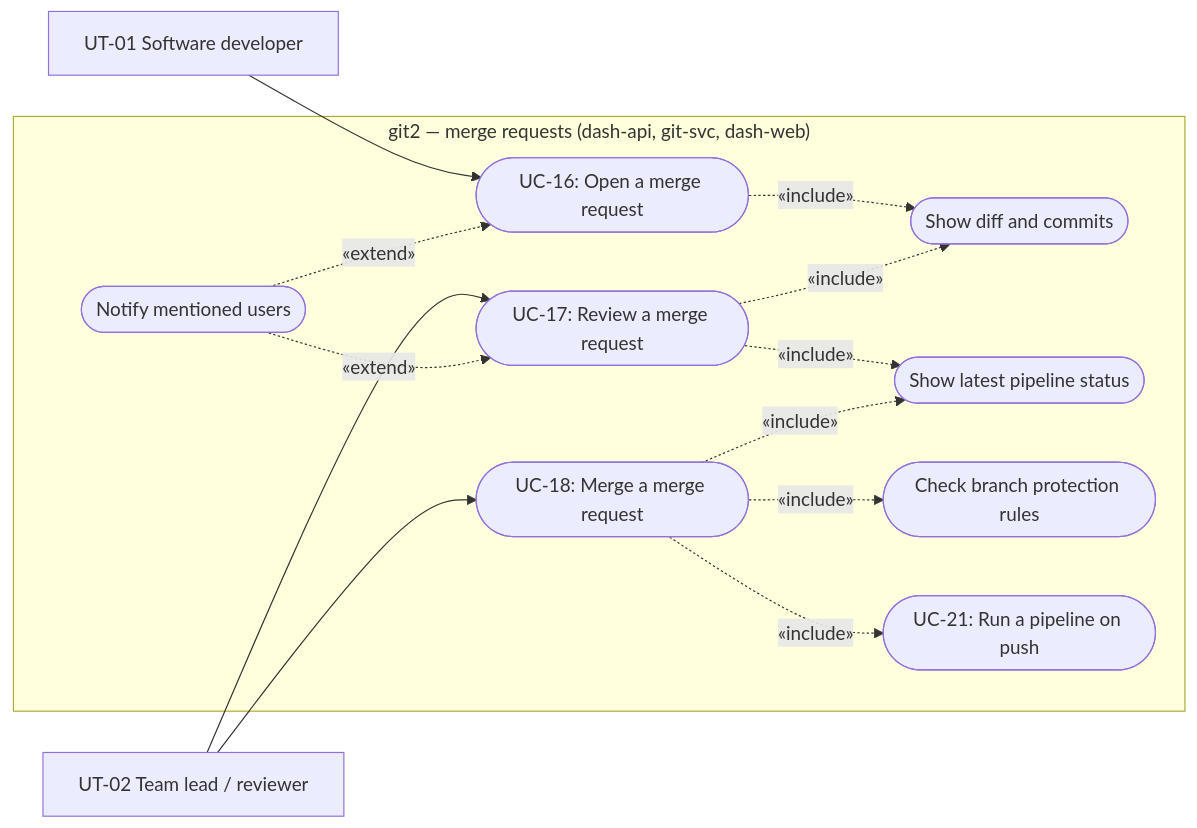
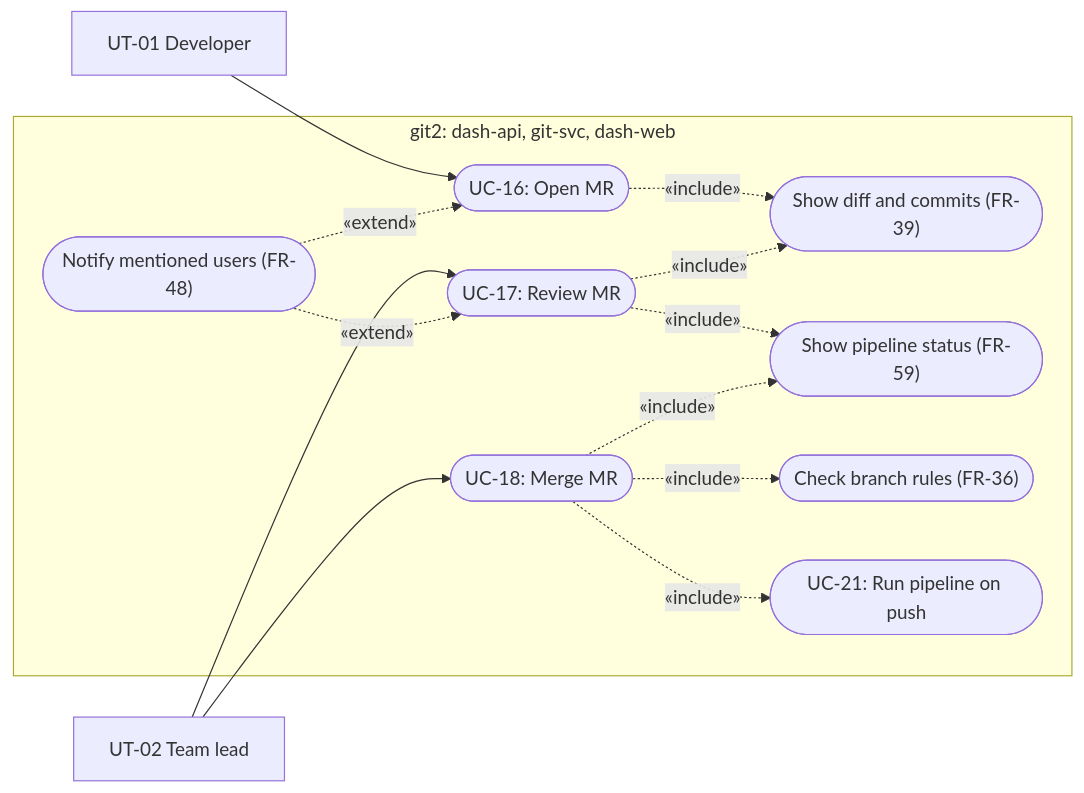
Before and after one commit to git2-project/git2: the fifth of 13 diagrams in docs/project_docs/to_customer/RequirementsSpecification.md, drawn with Mermaid. The commit also changed other lines of this file, not shown here.

First line of the commit message:
docs(req-spec): bring the reviewed Spec from PR #33 to dev/main

````diff
--- a/docs/project_docs/to_customer/RequirementsSpecification.md
+++ b/docs/project_docs/to_customer/RequirementsSpecification.md
@@ -738,28 +599,27 @@
 ```mermaid
 flowchart LR
-    Dev["UT-01 Software developer"]
-    Lead["UT-02 Team lead / reviewer"]
+    Dev["UT-01 Developer"]
+    Lead["UT-02 Team lead"]
 
-    subgraph System["git2 — merge requests (dash-api, git-svc, dash-web)"]
-        UC16(["UC-16: Open a merge request"])
-        UC17(["UC-17: Review a merge request"])
-        UC18(["UC-18: Merge a merge request"])
-        Diff(["Show diff and commits"])
-        Status(["Show latest pipeline status"])
-        Rules(["Check branch protection rules"])
-        Mention(["Notify mentioned users"])
-        UC21(["UC-21: Run a pipeline on push"])
+    subgraph System["git2: dash-api, git-svc, dash-web"]
+        UC16(["UC-16: Open MR"])
+        UC17(["UC-17: Review MR"])
+        UC18(["UC-18: Merge MR"])
+        Diff(["Show diff and commits (FR-39)"])
+        Status(["Show pipeline status (FR-59)"])
+        Rules(["Check branch rules (FR-36)"])
+        Mention(["Notify mentioned users (FR-48)"])
+        UC21(["UC-21: Run pipeline on push"])
     end
 
     Dev --> UC16
-    Lead --> UC17
-    Lead --> UC18
+    Lead --> UC17 & UC18
     UC16 -.->|«include»| Diff
     UC17 -.->|«include»| Diff
     UC17 -.->|«include»| Status
     UC18 -.->|«include»| Status
     UC18 -.->|«include»| Rules
     UC18 -.->|«include»| UC21
     Mention -.->|«extend»| UC16
     Mention -.->|«extend»| UC17
 ```
````
